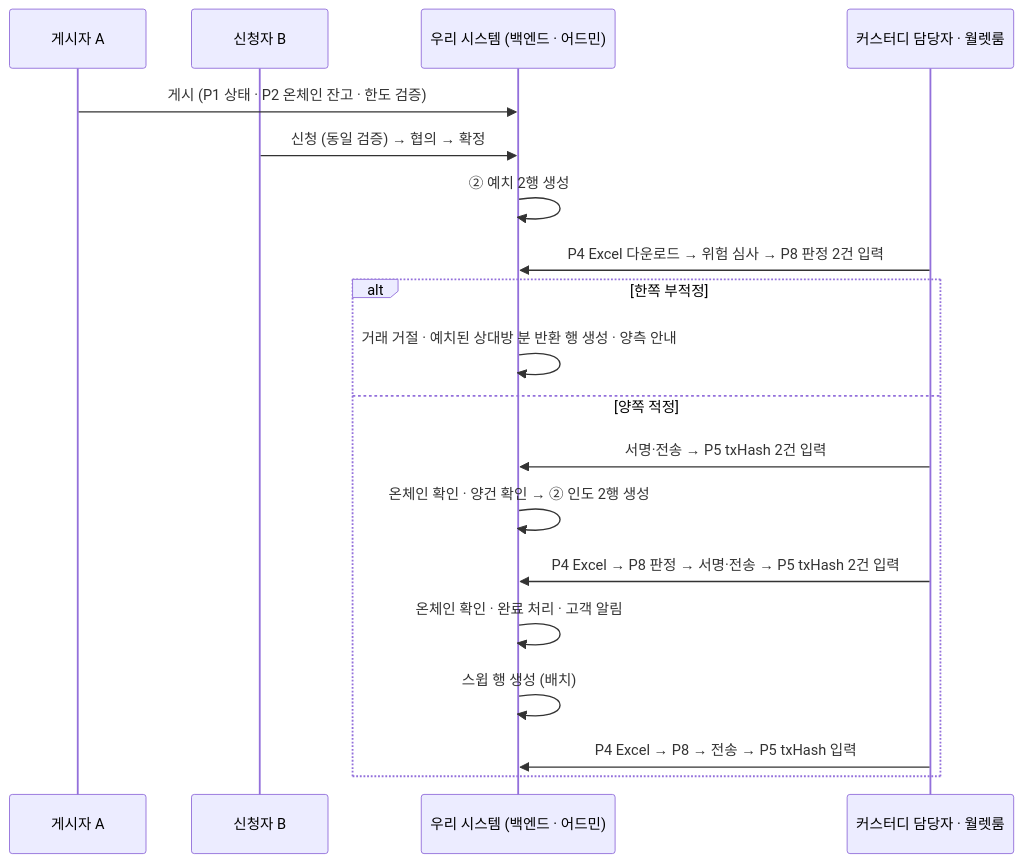
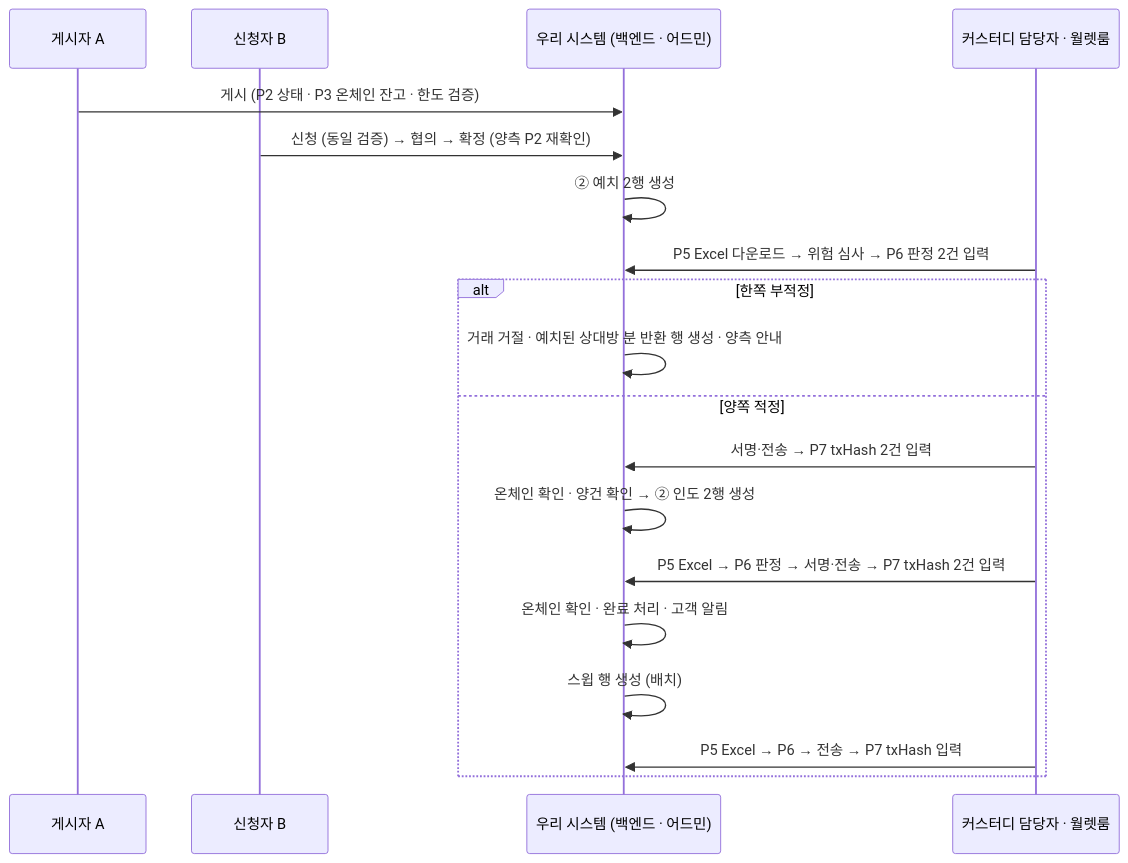
Before and after one commit to dsrvlabs/dsrv-desk: the fourth of 8 diagrams in drafts/36_플랫폼_커스터디_연동_범위_설명자료.md, drawn with Mermaid. The commit also changed other lines of this file and 7 other files, not shown here.

First line of the commit message:
커스터디 연동 방식 확정 반영 — 기관 등록(customerNo·수탁 지갑 주소) 초대 시 입력 · 식별자 customerNo 일원화 · 사고·차단 전달 삭제 · KYC 조회 시점 다이어그램 (2026-09-07(21))

````diff
--- a/drafts/36_플랫폼_커스터디_연동_범위_설명자료.md
+++ b/drafts/36_플랫폼_커스터디_연동_범위_설명자료.md
@@ -153,21 +158,21 @@
 ```mermaid
 sequenceDiagram
   participant A as 게시자 A
   participant B as 신청자 B
   participant S as 우리 시스템 (백엔드 · 어드민)
   participant K as 커스터디 담당자 · 월렛룸
-  A->>S: 게시 (P1 상태 · P2 온체인 잔고 · 한도 검증)
-  B->>S: 신청 (동일 검증) → 협의 → 확정
+  A->>S: 게시 (P2 상태 · P3 온체인 잔고 · 한도 검증)
+  B->>S: 신청 (동일 검증) → 협의 → 확정 (양측 P2 재확인)
   S->>S: ② 예치 2행 생성
-  K->>S: P4 Excel 다운로드 → 위험 심사 → P8 판정 2건 입력
+  K->>S: P5 Excel 다운로드 → 위험 심사 → P6 판정 2건 입력
   alt 한쪽 부적정
     S->>S: 거래 거절 · 예치된 상대방 분 반환 행 생성 · 양측 안내
   else 양쪽 적정
-    K->>S: 서명·전송 → P5 txHash 2건 입력
+    K->>S: 서명·전송 → P7 txHash 2건 입력
     S->>S: 온체인 확인 · 양건 확인 → ② 인도 2행 생성
-    K->>S: P4 Excel → P8 판정 → 서명·전송 → P5 txHash 2건 입력
+    K->>S: P5 Excel → P6 판정 → 서명·전송 → P7 txHash 2건 입력
     S->>S: 온체인 확인 · 완료 처리 · 고객 알림
     S->>S: 스윕 행 생성 (배치)
-    K->>S: P4 Excel → P8 → 전송 → P5 txHash 입력
+    K->>S: P5 Excel → P6 → 전송 → P7 txHash 입력
   end
 ```
````
